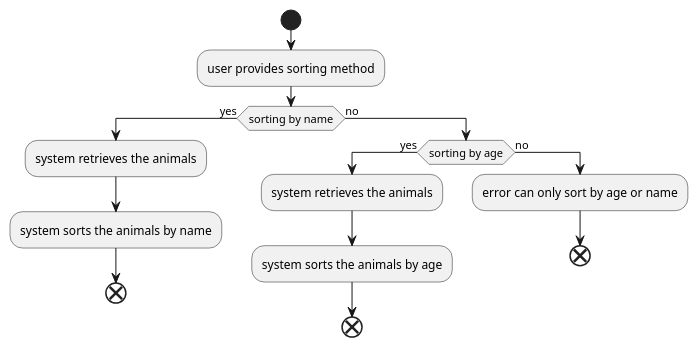
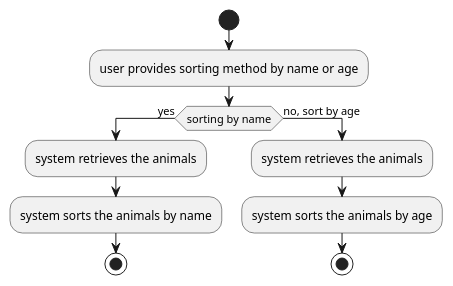
One commit to intec-cmanuel/java_september_2023_analysis changed the diagram in analysis/flowchart_sortanimals.puml. Above: the diagram before and after it, drawn with PlantUML. The commit also changed 4 other files, not shown here.

```diff
--- a/analysis/flowchart_sortanimals.puml
+++ b/analysis/flowchart_sortanimals.puml
@@ -1,20 +1,18 @@
 @startuml
 
 start
-:user provides sorting method;
+
+:user provides sorting method by name or age;
 
 if (sorting by name) then (yes)
     :system retrieves the animals;
     :system sorts the animals by name;
-    end;
-else (no)
-    if (sorting by age) then (yes)
+    stop;
+else (no, sort by age)
         :system retrieves the animals;
         :system sorts the animals by age;
-        end;
-    else (no)
-        :error can only sort by age or name;
-        end;
+        stop;
+
 
 
 @enduml
```
